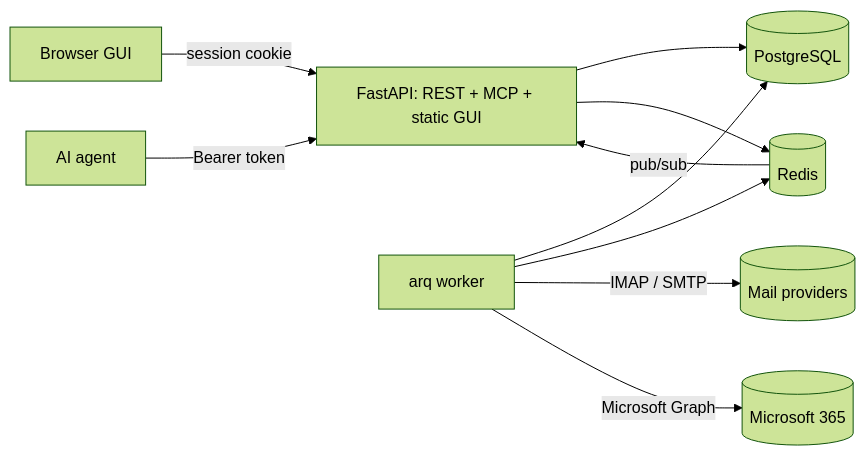
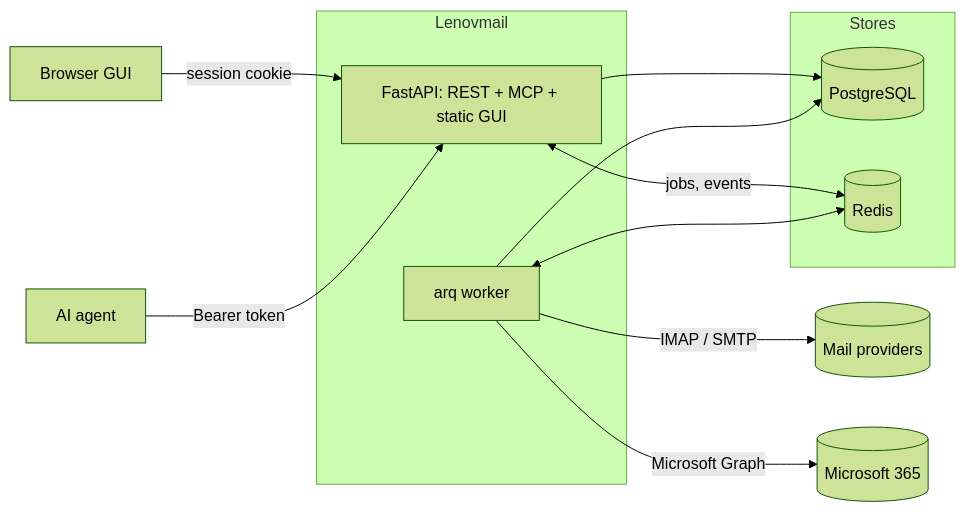
One commit to satuapps/lenovmail changed the first of 2 diagrams in README.md. Above: the diagram before and after it, drawn with Mermaid (forest theme). The commit also changed other lines of this file and 1 other file, not shown here.

Commit message:
group processes and stores in the architecture diagrams

````diff
--- a/README.md
+++ b/README.md
@@ -62,12 +62,22 @@
 ```mermaid
 flowchart LR
     Browser[Browser GUI] -->|session cookie| API
     Agent[AI agent] -->|Bearer token| API
-    API[FastAPI: REST + MCP + static GUI] --> PG[(PostgreSQL)]
-    API --> RD[(Redis)]
-    Worker[arq worker] --> PG
-    Worker --> RD
+
+    subgraph Lenovmail
+        API[FastAPI: REST + MCP + static GUI]
+        Worker[arq worker]
+    end
+
+    subgraph Stores
+        PG[(PostgreSQL)]
+        RD[(Redis)]
+    end
+
+    API --> PG
+    API <-->|jobs, events| RD
+    Worker --> PG
+    Worker <--> RD
     Worker -->|IMAP / SMTP| Mailserver[(Mail providers)]
     Worker -->|Microsoft Graph| Graph[(Microsoft 365)]
-    RD -->|pub/sub| API
 ```
````
